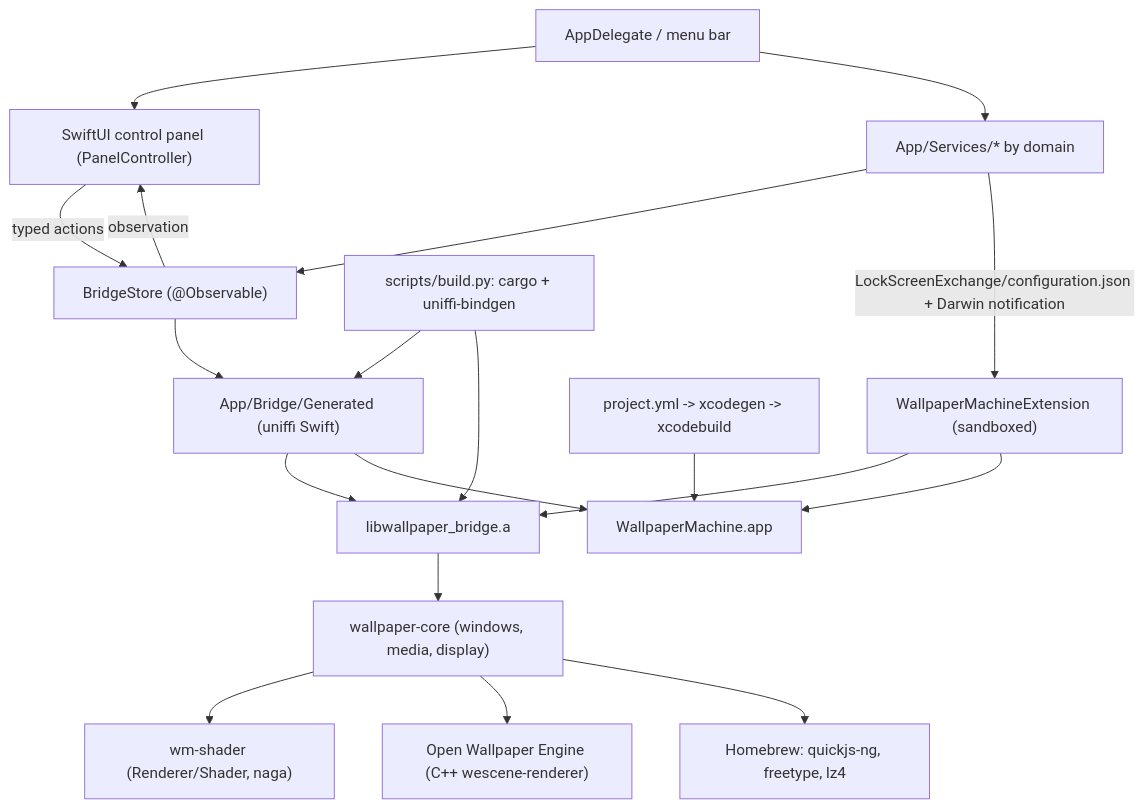
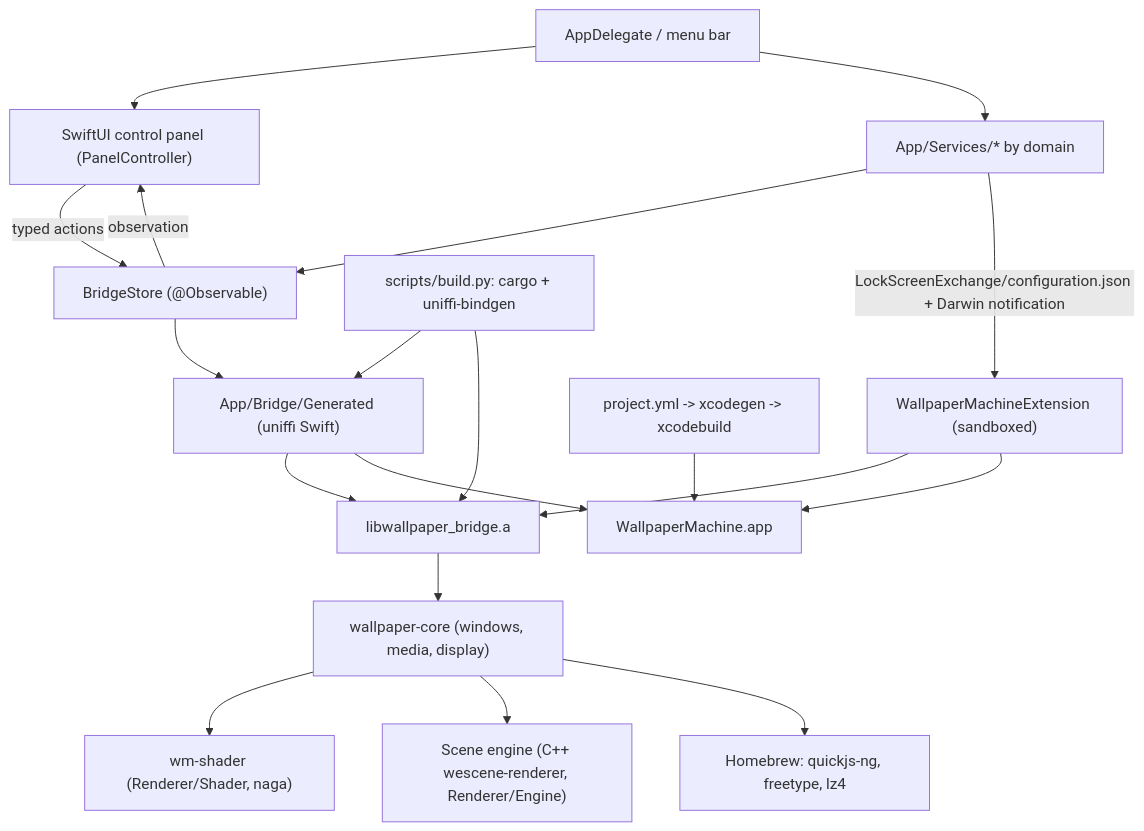
The diagram in docs/architecture.md (MMFoundation/WallpaperMachine), drawn with Mermaid before and after one commit. The commit also changed other lines of this file and 934 other files, not shown here.

````diff
--- a/docs/architecture.md
+++ b/docs/architecture.md
@@ -14,21 +14,21 @@
 ```mermaid
 flowchart TD
   Shell["AppDelegate / menu bar"] --> Panel["SwiftUI control panel (PanelController)"]
   Panel -->|"typed actions"| Store["BridgeStore (@Observable)"]
   Store -->|"observation"| Panel
   Shell --> Services["App/Services/* by domain"]
   Services --> Store
   Store --> Generated["App/Bridge/Generated (uniffi Swift)"]
   Generated --> BridgeLib["libwallpaper_bridge.a"]
   BridgeLib --> Core["wallpaper-core (windows, media, display)"]
   Core --> Shader["wm-shader (Renderer/Shader, naga)"]
-  Core --> OWE["Open Wallpaper Engine (C++ wescene-renderer)"]
+  Core --> OWE["Scene engine (C++ wescene-renderer, Renderer/Engine)"]
   Core --> Brew["Homebrew: quickjs-ng, freetype, lz4"]
   Services -->|"LockScreenExchange/configuration.json + Darwin notification"| Ext["WallpaperMachineExtension (sandboxed)"]
   Ext --> BridgeLib
   Cargo["scripts/build.py: cargo + uniffi-bindgen"] --> Generated
   Cargo --> BridgeLib
   XcodeGen["project.yml -> xcodegen -> xcodebuild"] --> App["WallpaperMachine.app"]
   Generated --> App
   Ext --> App
 ```
````
